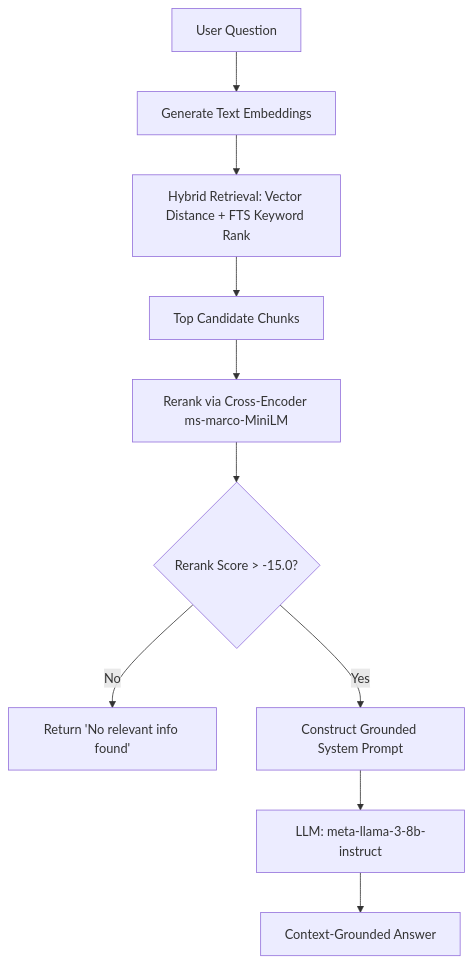
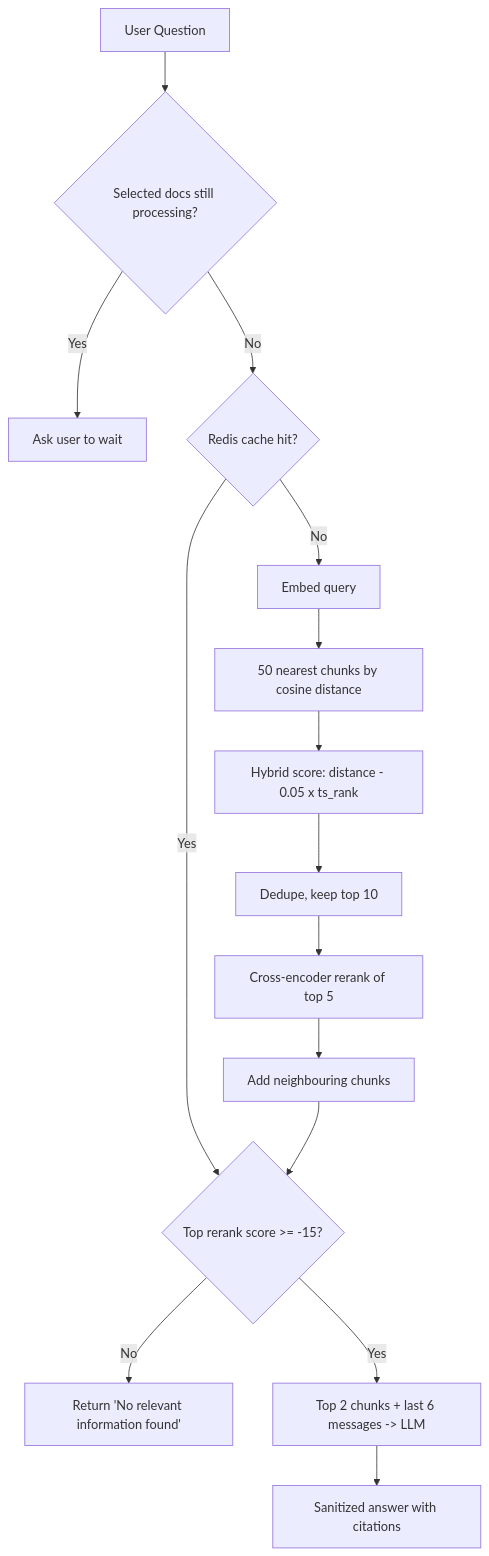
The second of 2 diagrams in README.md (archiik04/docsy), drawn with Mermaid before and after one commit. The commit also changed other lines of this file, not shown here.

````diff
--- a/README.md
+++ b/README.md
@@ -38,12 +42,17 @@
 ```mermaid
 graph TD
-    A[User Question] --> B[Generate Text Embeddings]
-    B --> C[Hybrid Retrieval: Vector Distance + FTS Keyword Rank]
-    C --> D[Top Candidate Chunks]
-    D --> E[Rerank via Cross-Encoder ms-marco-MiniLM]
-    E --> F{Rerank Score > -15.0?}
-    F -->|No| G[Return 'No relevant info found']
-    F -->|Yes| H[Construct Grounded System Prompt]
-    H --> I[LLM: meta-llama-3-8b-instruct]
-    I --> J[Context-Grounded Answer]
+    A[User Question] --> B{Selected docs still processing?}
+    B -->|Yes| W[Ask user to wait]
+    B -->|No| C{Redis cache hit?}
+    C -->|No| D[Embed query]
+    D --> E[50 nearest chunks by cosine distance]
+    E --> F[Hybrid score: distance - 0.05 x ts_rank]
+    F --> G[Dedupe, keep top 10]
+    G --> H[Cross-encoder rerank of top 5]
+    H --> I[Add neighbouring chunks]
+    C -->|Yes| J
+    I --> J{Top rerank score >= -15?}
+    J -->|No| K[Return 'No relevant information found']
+    J -->|Yes| L[Top 2 chunks + last 6 messages -> LLM]
+    L --> M[Sanitized answer with citations]
 ```
````
